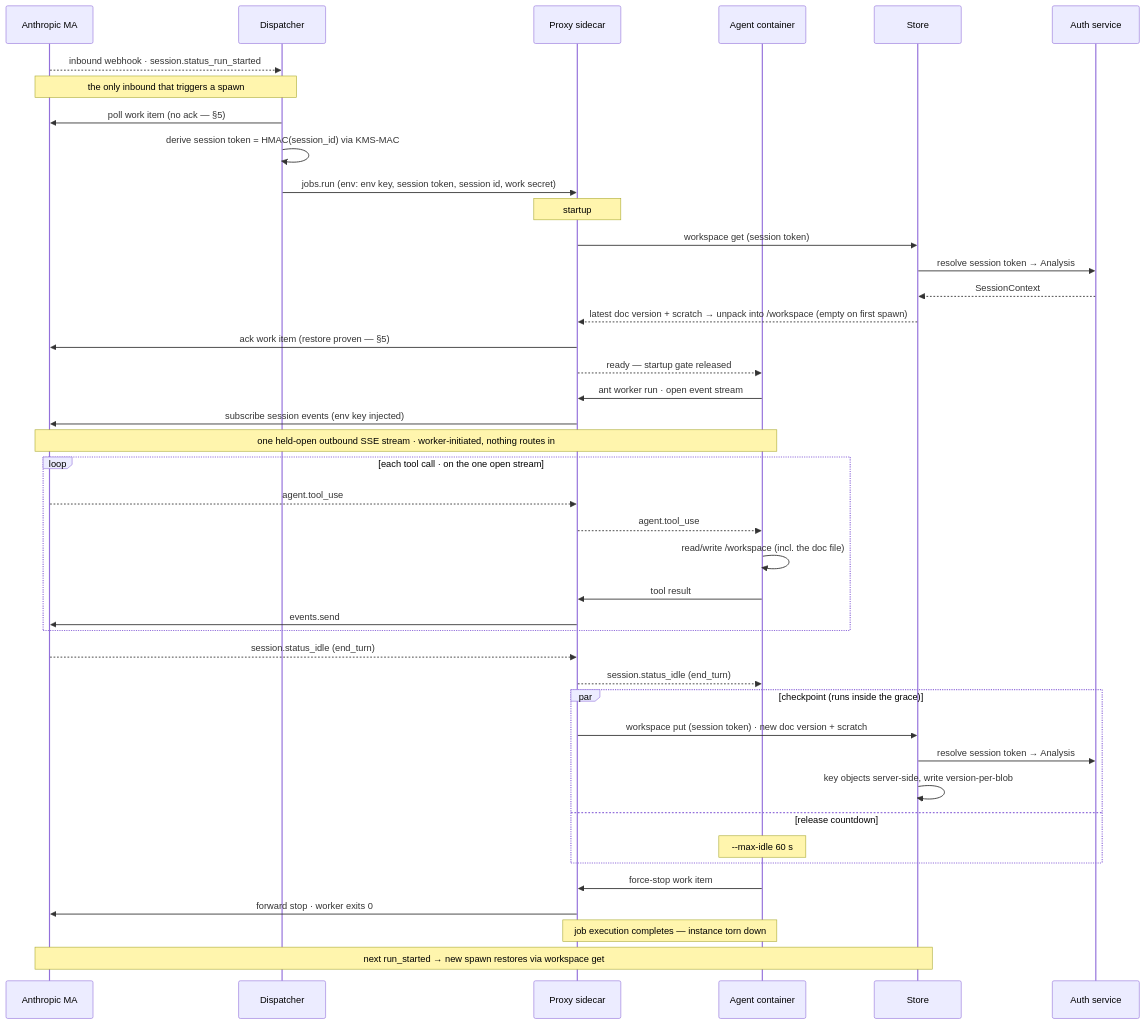
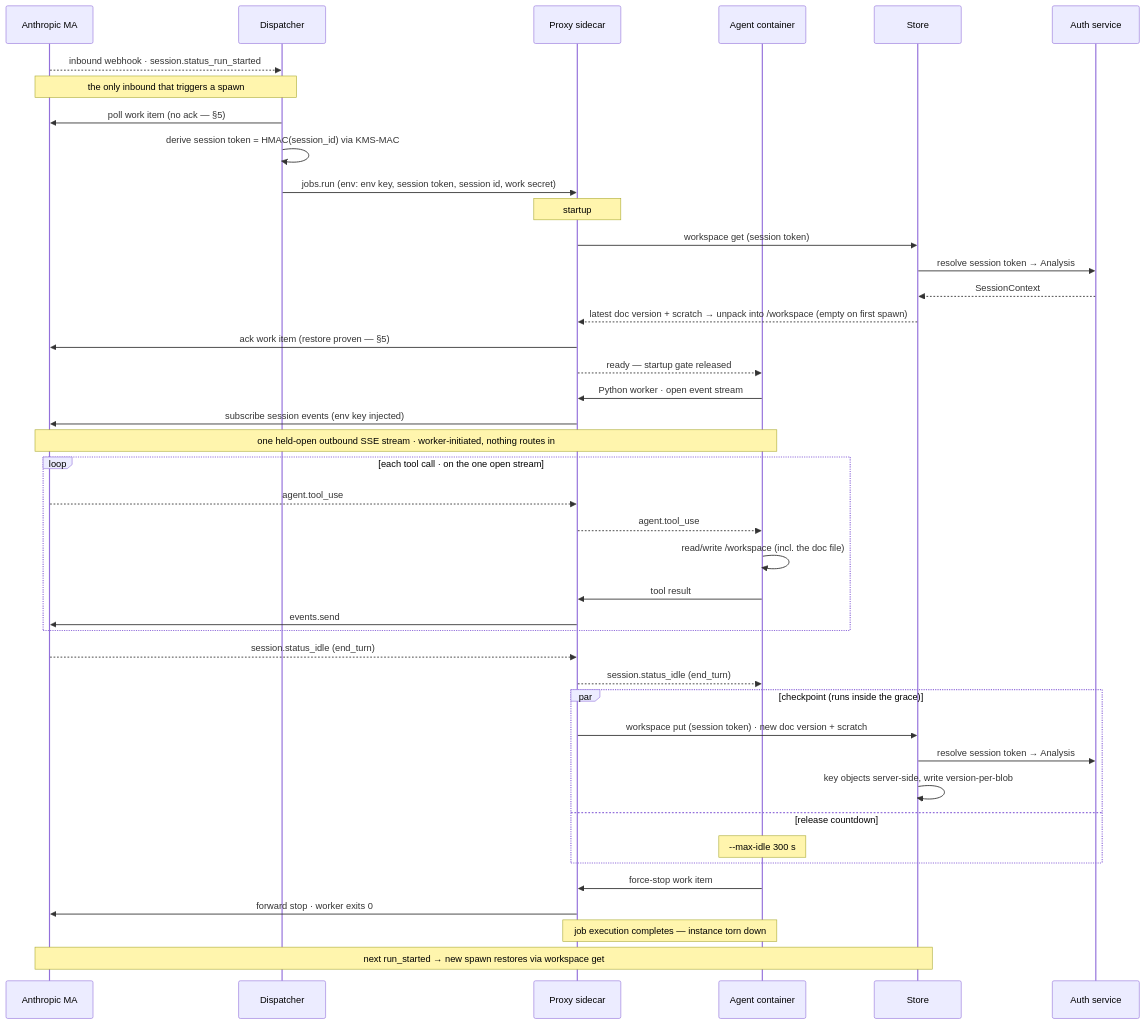
The second of 2 diagrams in docs/plans/self-hosted-sandbox.md (populationgenomics/themis), drawn with Mermaid before and after one commit. The commit also changed other lines of this file and 7 other files, not shown here.

First line of the commit message:
agent: replace the ant worker with a first-party Python worker (#173)

````diff
--- a/docs/plans/self-hosted-sandbox.md
+++ b/docs/plans/self-hosted-sandbox.md
@@ -213,45 +222,45 @@
 ```mermaid
 sequenceDiagram
   participant MA as Anthropic MA
   participant Disp as Dispatcher
   participant Proxy as Proxy sidecar
   participant Agent as Agent container
   participant Store as Store
   participant Auth as Auth service
 
   MA-->>Disp: inbound webhook · session.status_run_started
   Note over MA,Disp: the only inbound that triggers a spawn
   Disp->>MA: poll work item (no ack — §5)
   Disp->>Disp: derive session token = HMAC(session_id) via KMS-MAC
   Disp->>Proxy: jobs.run (env: env key, session token, session id, work secret)
   Note over Proxy: startup
   Proxy->>Store: workspace get (session token)
   Store->>Auth: resolve session token → Analysis
   Auth-->>Store: SessionContext
   Store-->>Proxy: latest doc version + scratch → unpack into /workspace (empty on first spawn)
   Proxy->>MA: ack work item (restore proven — §5)
   Proxy-->>Agent: ready — startup gate released
-  Agent->>Proxy: ant worker run · open event stream
+  Agent->>Proxy: Python worker · open event stream
   Proxy->>MA: subscribe session events (env key injected)
   Note over MA,Agent: one held-open outbound SSE stream · worker-initiated, nothing routes in
   loop each tool call · on the one open stream
     MA-->>Proxy: agent.tool_use
     Proxy-->>Agent: agent.tool_use
     Agent->>Agent: read/write /workspace (incl. the doc file)
     Agent->>Proxy: tool result
     Proxy->>MA: events.send
   end
   MA-->>Proxy: session.status_idle (end_turn)
   Proxy-->>Agent: session.status_idle (end_turn)
   par checkpoint (runs inside the grace)
     Proxy->>Store: workspace put (session token) · new doc version + scratch
     Store->>Auth: resolve session token → Analysis
     Store->>Store: key objects server-side, write version-per-blob
   and release countdown
-    Note over Agent: --max-idle 60 s
+    Note over Agent: --max-idle 300 s
   end
   Agent->>Proxy: force-stop work item
   Proxy->>MA: forward stop · worker exits 0
   Note over Proxy,Agent: job execution completes — instance torn down
   Note over MA,Store: next run_started → new spawn restores via workspace get
 ```
````
